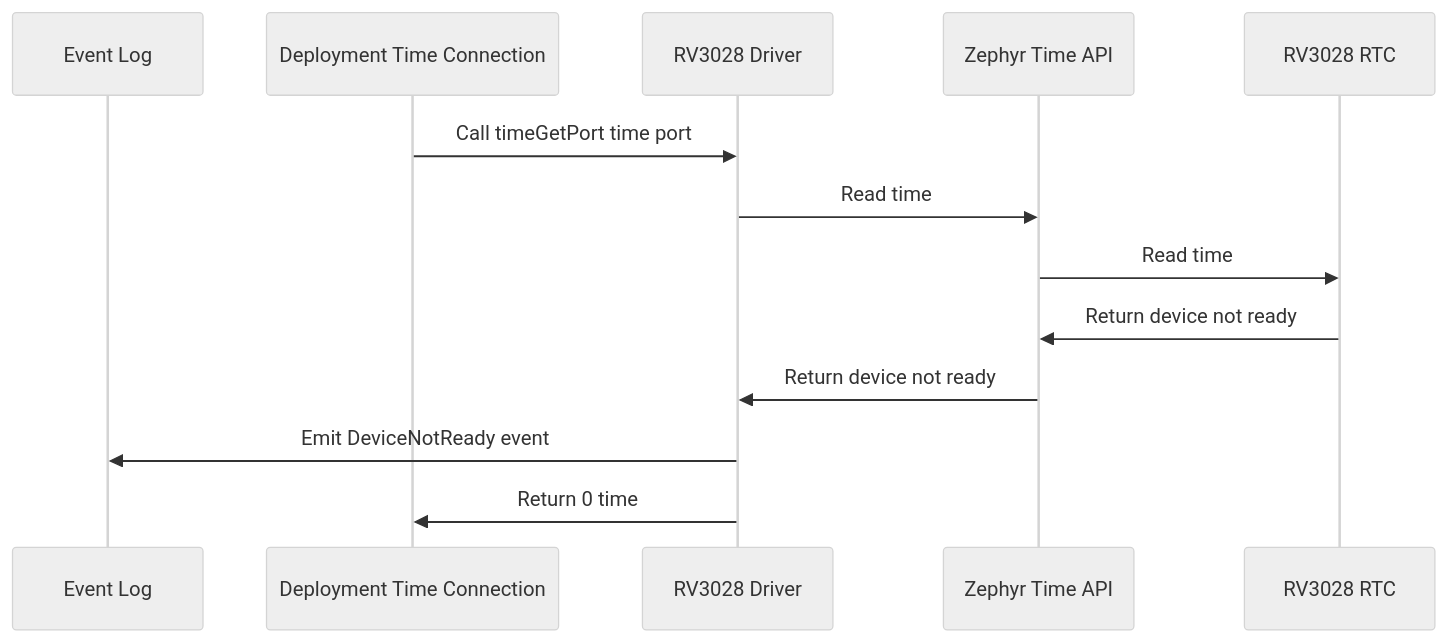
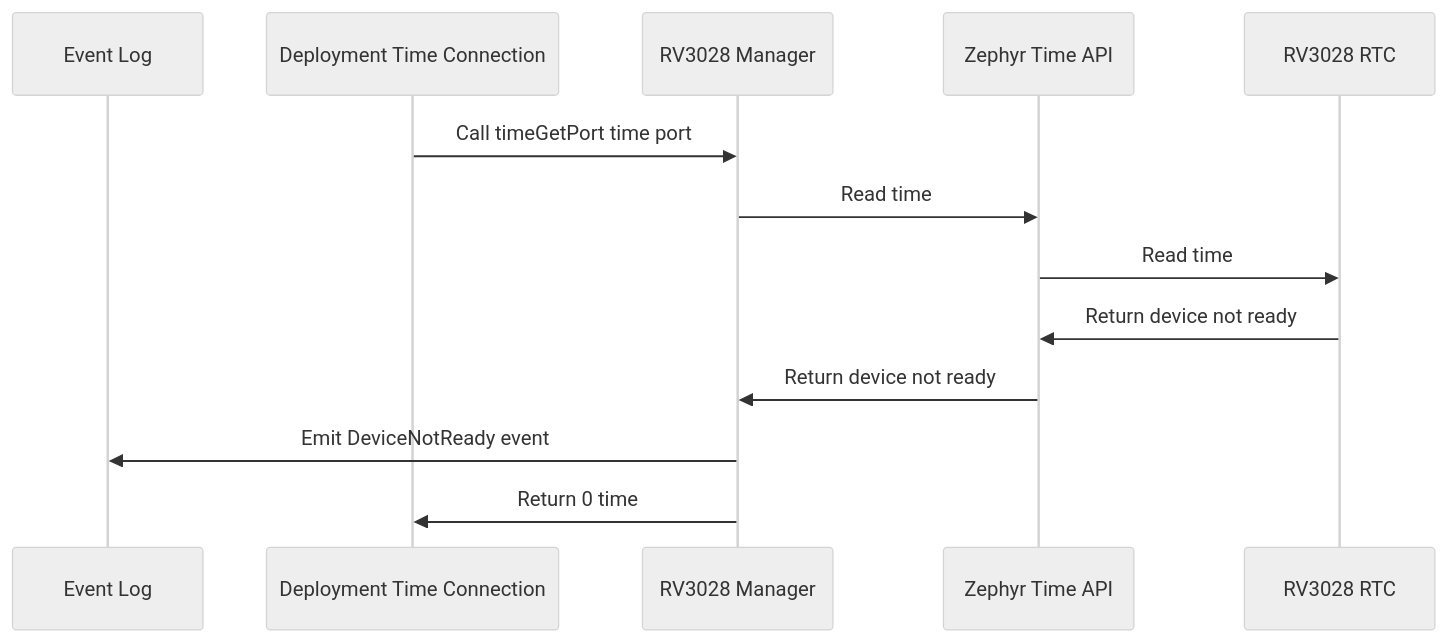
One commit to Open-Source-Space-Foundation/proves-core-reference changed the third of 8 diagrams in FprimeZephyrReference/Components/Drv/Rv3028Manager/docs/sdd.md. Above: the diagram before and after it, drawn with Mermaid (neutral theme). The commit also changed other lines of this file and 8 other files, not shown here.

Commit message:
Rename references from Rv3028Driver to Rv3028Manager

````diff
--- a/FprimeZephyrReference/Components/Drv/Rv3028Manager/docs/sdd.md
+++ b/FprimeZephyrReference/Components/Drv/Rv3028Manager/docs/sdd.md
@@ -91,15 +91,15 @@
 ```mermaid
 sequenceDiagram
     participant Event Log
     participant Deployment Time Connection
-    participant RV3028 Driver
+    participant RV3028 Manager
     participant Zephyr Time API
     participant RV3028 RTC
-    Deployment Time Connection->>RV3028 Driver: Call timeGetPort time port
-    RV3028 Driver->>Zephyr Time API: Read time
+    Deployment Time Connection->>RV3028 Manager: Call timeGetPort time port
+    RV3028 Manager->>Zephyr Time API: Read time
     Zephyr Time API->>RV3028 RTC: Read time
     RV3028 RTC->>Zephyr Time API: Return device not ready
-    Zephyr Time API->>RV3028 Driver: Return device not ready
-    RV3028 Driver->>Event Log: Emit DeviceNotReady event
-    RV3028 Driver->>Deployment Time Connection: Return 0 time
+    Zephyr Time API->>RV3028 Manager: Return device not ready
+    RV3028 Manager->>Event Log: Emit DeviceNotReady event
+    RV3028 Manager->>Deployment Time Connection: Return 0 time
 ```
````
